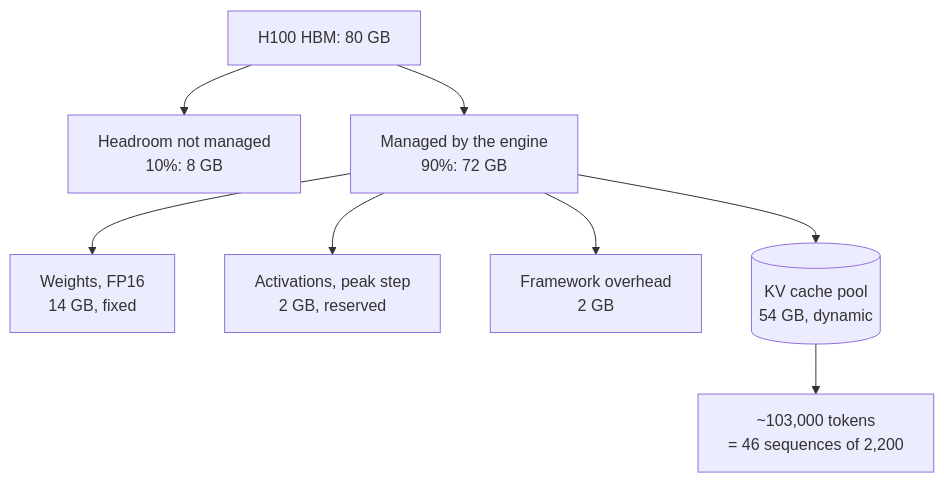
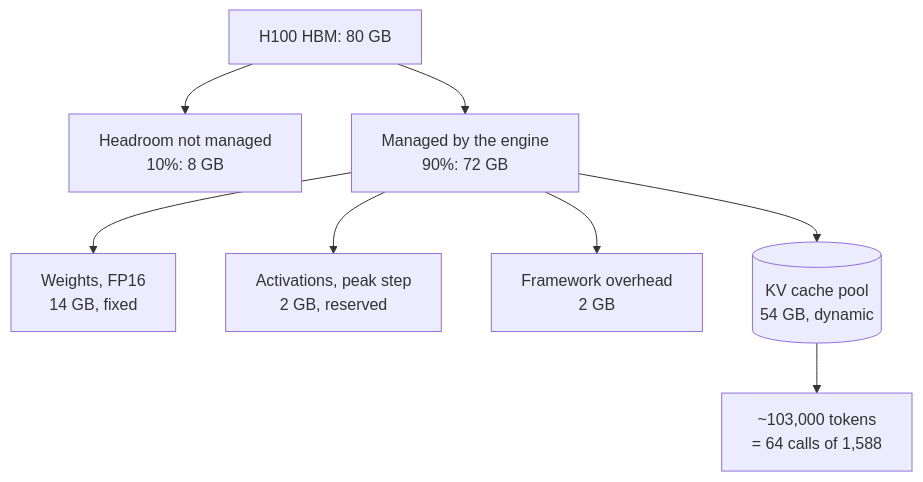
Before and after one commit to Sampath1-1-1/System-Design: the fourth of 18 diagrams in manuscript/book2-ml-ai/73-llm-inference.md, drawn with Mermaid. The commit also changed other lines of this file and 3 other files, not shown here.

````diff
--- a/manuscript/book2-ml-ai/73-llm-inference.md
+++ b/manuscript/book2-ml-ai/73-llm-inference.md
@@ -307,10 +300,10 @@
 ```mermaid
 flowchart TB
   GPU["H100 HBM: 80 GB"] --> RES["Headroom not managed<br/>10%: 8 GB"]
   GPU --> USE["Managed by the engine<br/>90%: 72 GB"]
   USE --> W["Weights, FP16<br/>14 GB, fixed"]
   USE --> ACT["Activations, peak step<br/>2 GB, reserved"]
   USE --> FW["Framework overhead<br/>2 GB"]
   USE --> KV[("KV cache pool<br/>54 GB, dynamic")]
-  KV --> SEQ["~103,000 tokens<br/>= 46 sequences of 2,200"]
+  KV --> SEQ["~103,000 tokens<br/>= 64 calls of 1,588"]
 ```
````
